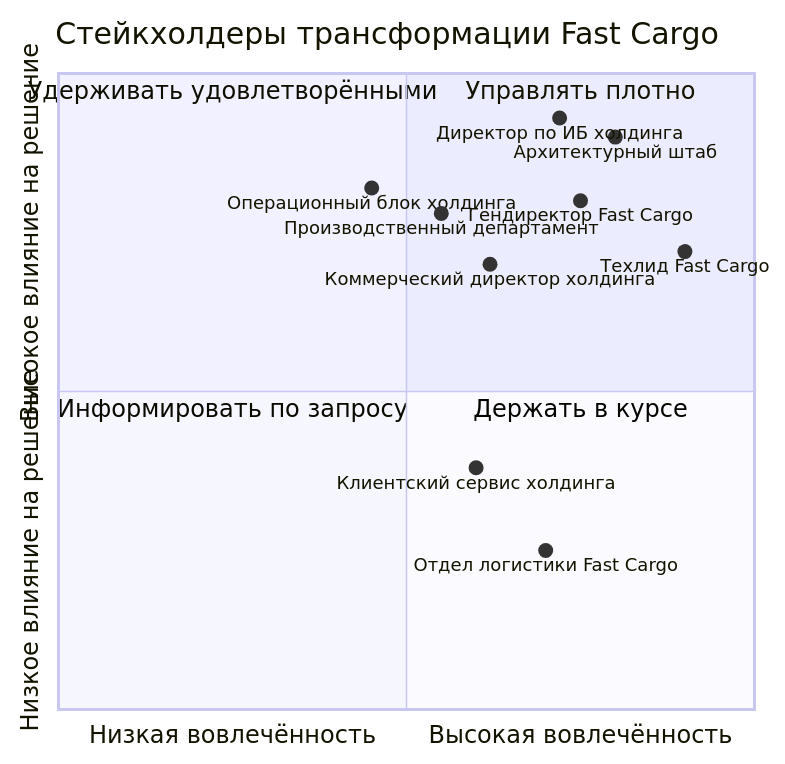
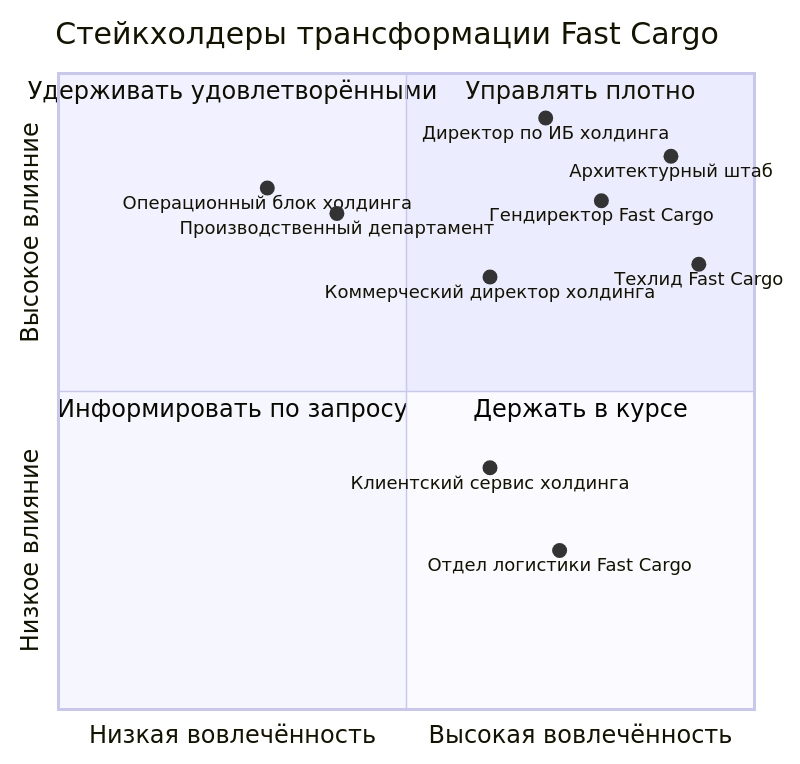
One commit to NovikovMS/Fast_Cargo changed the diagram in Task2/diagrams/карта_вовлеченности.mmd. Above: the diagram before and after it, drawn with Mermaid. The commit also changed 1 other file, not shown here.

```diff
--- a/Task2/diagrams/карта_вовлеченности.mmd
+++ b/Task2/diagrams/карта_вовлеченности.mmd
@@ -1,17 +1,17 @@
 quadrantChart
   title Стейкхолдеры трансформации Fast Cargo
   x-axis "Низкая вовлечённость" --> "Высокая вовлечённость"
-  y-axis "Низкое влияние на решение" --> "Высокое влияние на решение"
+  y-axis "Низкое влияние" --> "Высокое влияние"
   quadrant-1 "Управлять плотно"
   quadrant-2 "Удерживать удовлетворёнными"
   quadrant-3 "Информировать по запросу"
   quadrant-4 "Держать в курсе"
-  "Директор по ИБ холдинга": [0.72, 0.93]
-  "Архитектурный штаб": [0.80, 0.90]
-  "Техлид Fast Cargo": [0.90, 0.72]
-  "Гендиректор Fast Cargo": [0.75, 0.80]
-  "Производственный департамент": [0.55, 0.78]
-  "Операционный блок холдинга": [0.45, 0.82]
-  "Коммерческий директор холдинга": [0.62, 0.70]
-  "Клиентский сервис холдинга": [0.60, 0.38]
-  "Отдел логистики Fast Cargo": [0.70, 0.25]
+  "Директор по ИБ холдинга": [0.70, 0.93]
+  "Архитектурный штаб": [0.88, 0.87]
+  "Техлид Fast Cargo": [0.92, 0.70]
+  "Гендиректор Fast Cargo": [0.78, 0.80]
+  "Производственный департамент": [0.40, 0.78]
+  "Операционный блок холдинга": [0.30, 0.82]
+  "Коммерческий директор холдинга": [0.62, 0.68]
+  "Клиентский сервис холдинга": [0.62, 0.38]
+  "Отдел логистики Fast Cargo": [0.72, 0.25]
```
